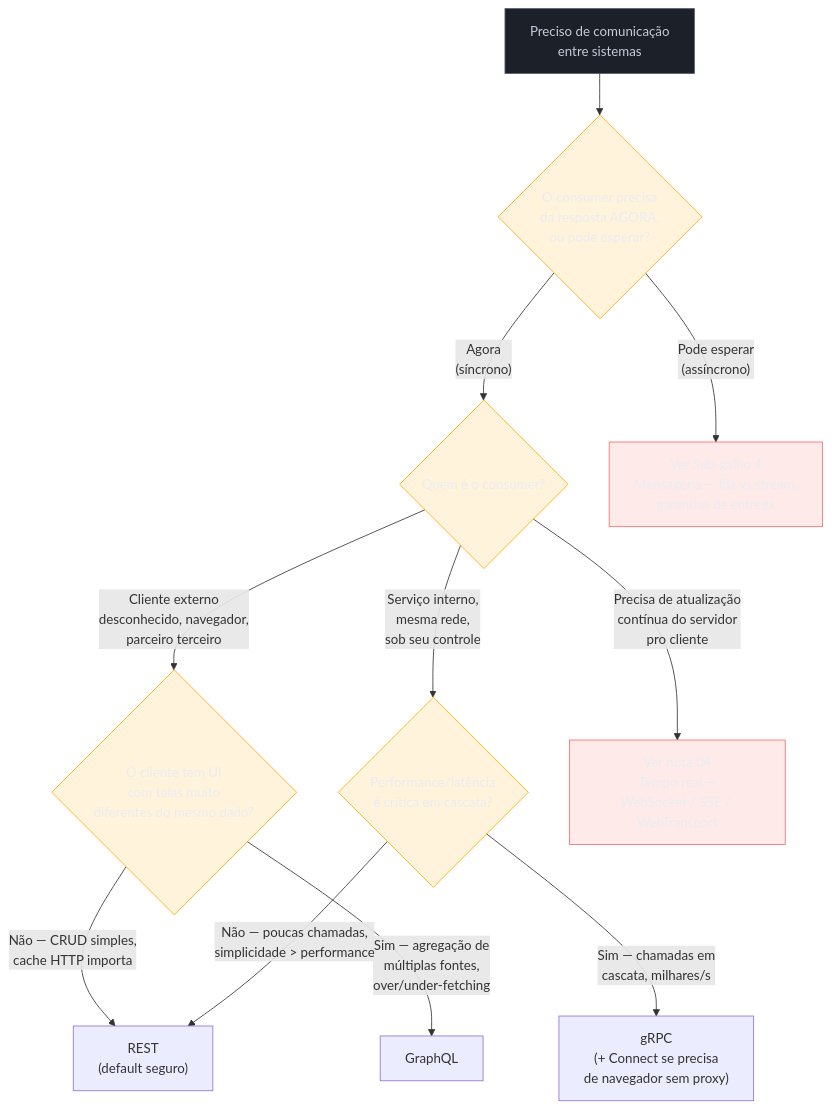
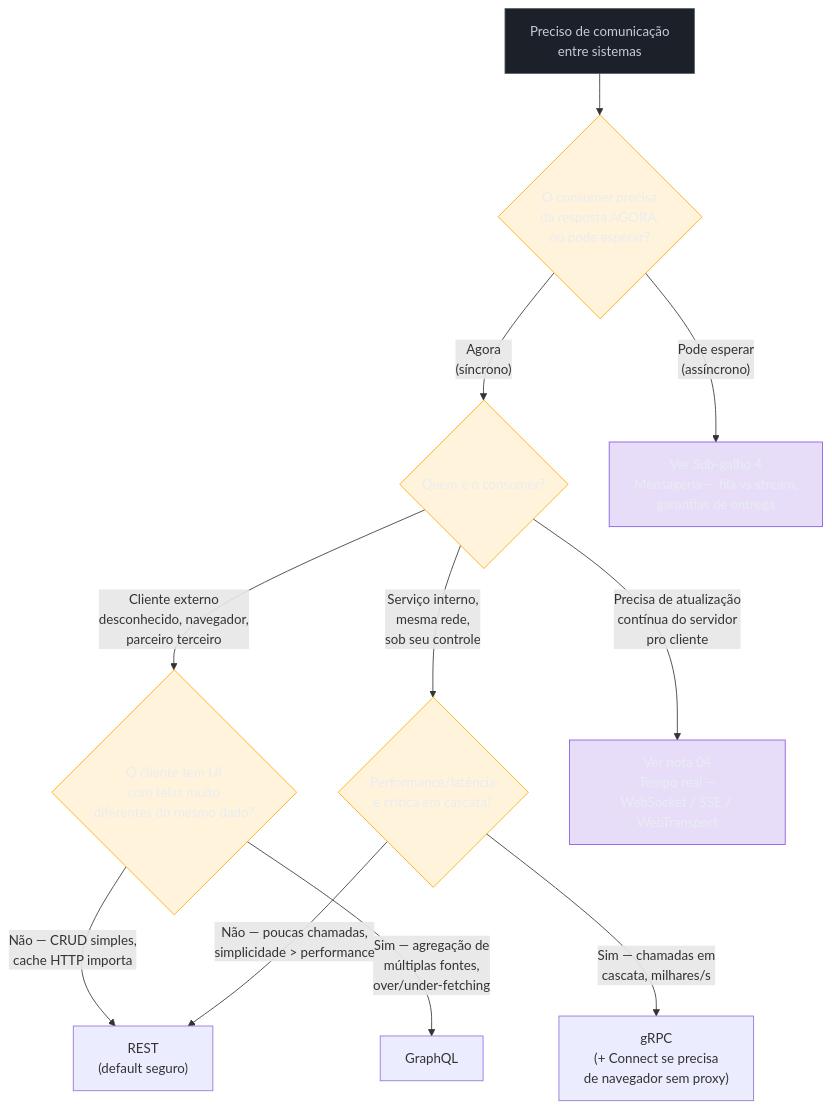
The diagram in 03-Dominios/Engenharia/Comunicação entre Sistemas/1 - Panorama e decisão/05 - O que está emergindo e framework de decisão.md (josenaldo/codex-technomanticus), drawn with Mermaid before and after one commit. The commit also changed 601 other files, not shown here.

````diff
--- a/03-Dominios/Engenharia/Comunicação entre Sistemas/1 - Panorama e decisão/05 - O que está emergindo e framework de decisão.md
+++ b/03-Dominios/Engenharia/Comunicação entre Sistemas/1 - Panorama e decisão/05 - O que está emergindo e framework de decisão.md
@@ -112,28 +112,28 @@
 ```mermaid
 graph TD
+    classDef marca fill:#8855DF33,stroke:#8855DF,color:#E9ECF2
     classDef neutro fill:#1B2029,stroke:#4E5666,color:#C6CCD8
     classDef destaque fill:#FFAA0024,stroke:#FFAA00,color:#E9ECF2
-    classDef falha fill:#FF6B6B24,stroke:#FF6B6B,color:#E9ECF2
     START["Preciso de comunicação<br/>entre sistemas"] --> Q1{"O consumer precisa<br/>da resposta AGORA,<br/>ou pode esperar?"}
 
     Q1 -->|"Agora<br/>(síncrono)"| Q2{"Quem é o consumer?"}
     Q1 -->|"Pode esperar<br/>(assíncrono)"| ASYNC["Ver Sub-galho 4<br/>Mensageria — fila vs stream,<br/>garantias de entrega"]
 
     Q2 -->|"Cliente externo<br/>desconhecido, navegador,<br/>parceiro terceiro"| Q3{"O cliente tem UI<br/>com telas muito<br/>diferentes do mesmo dado?"}
     Q2 -->|"Serviço interno,<br/>mesma rede,<br/>sob seu controle"| Q4{"Performance/latência<br/>é crítica em cascata?"}
     Q2 -->|"Precisa de atualização<br/>contínua do servidor<br/>pro cliente"| RT["Ver nota 04<br/>Tempo real —<br/>WebSocket / SSE / WebTransport"]
 
     Q3 -->|"Não — CRUD simples,<br/>cache HTTP importa"| REST["REST<br/>(default seguro)"]
     Q3 -->|"Sim — agregação de<br/>múltiplas fontes,<br/>over/under-fetching"| GQL["GraphQL"]
 
     Q4 -->|"Sim — chamadas em<br/>cascata, milhares/s"| GRPC["gRPC<br/>(+ Connect se precisa<br/>de navegador sem proxy)"]
     Q4 -->|"Não — poucas chamadas,<br/>simplicidade > performance"| REST
 
     class START neutro
     class Q1 destaque
     class Q2 destaque
     class Q3 destaque
     class Q4 destaque
-    class ASYNC falha
-    class RT falha
+    class ASYNC marca
+    class RT marca
 ```
````
